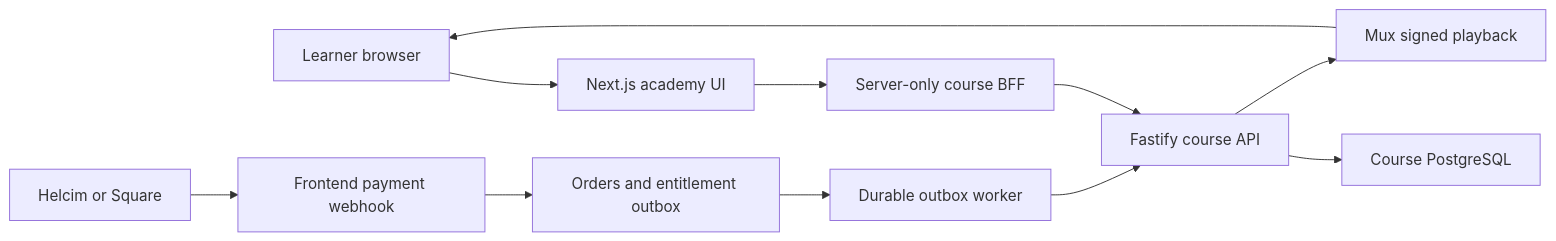
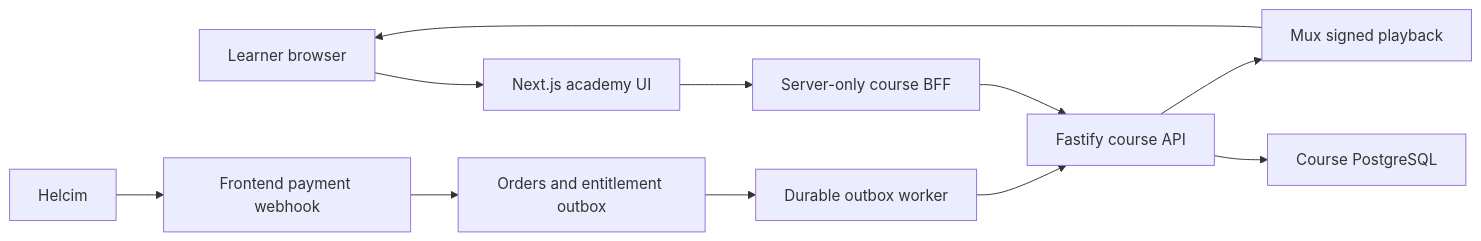
Before and after one commit to princessdardan/lash-her-frontend: the diagram in docs/course-platform-integration-recommendation.md, drawn with Mermaid. The commit also changed other lines of this file and 107 other files, not shown here.

````diff
--- a/docs/course-platform-integration-recommendation.md
+++ b/docs/course-platform-integration-recommendation.md
@@ -53,14 +77,14 @@
 ```mermaid
 flowchart LR
     Learner["Learner browser"] --> UI["Next.js academy UI"]
     UI --> BFF["Server-only course BFF"]
     BFF --> API["Fastify course API"]
     API --> CourseDB["Course PostgreSQL"]
     API --> Mux["Mux signed playback"]
     Mux --> Learner
 
-    Provider["Helcim or Square"] --> Webhook["Frontend payment webhook"]
+    Provider["Helcim"] --> Webhook["Frontend payment webhook"]
     Webhook --> FrontDB["Orders and entitlement outbox"]
     FrontDB --> Worker["Durable outbox worker"]
     Worker --> API
 ```
````
